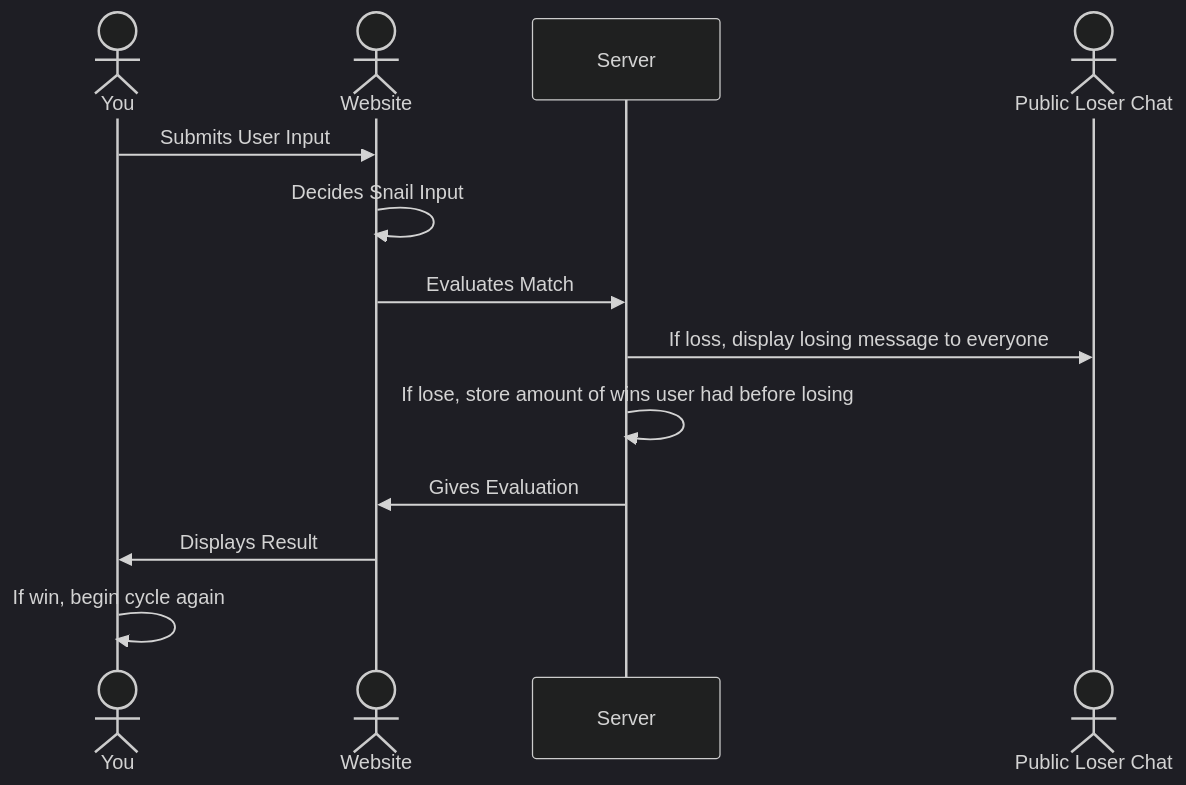
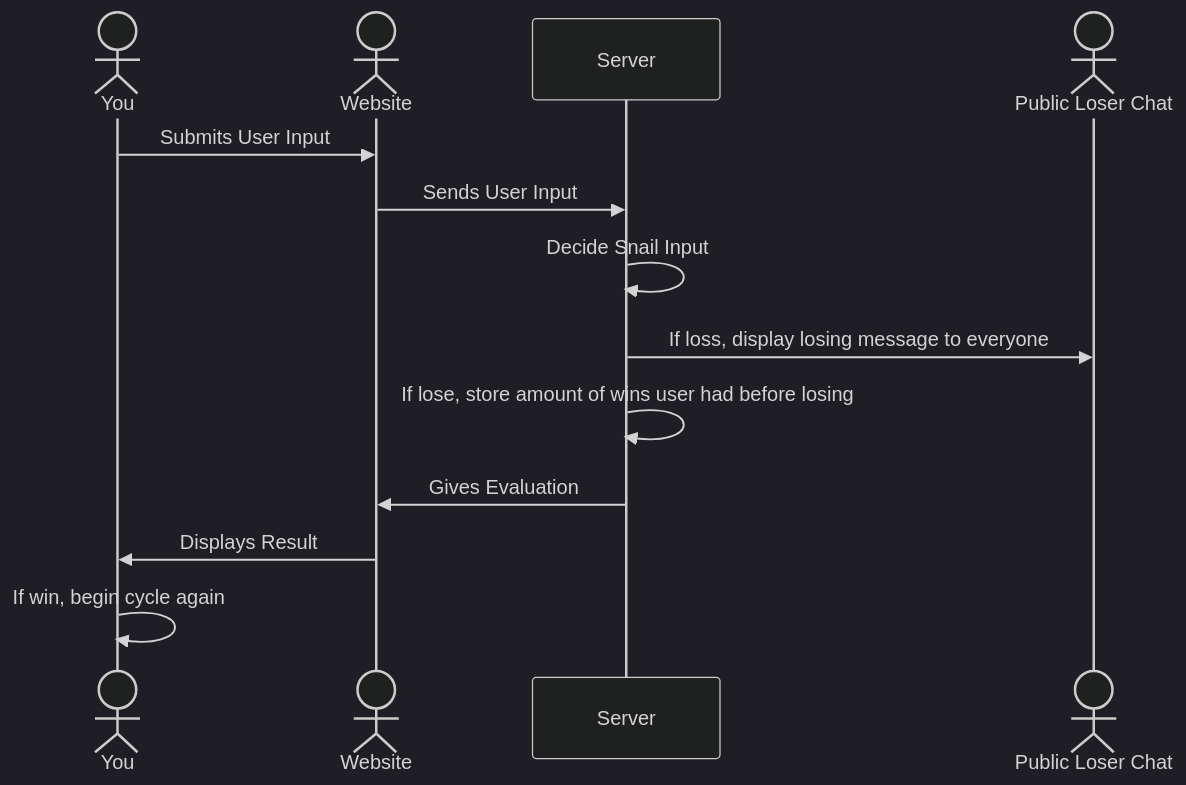
The diagram in README.md (nateh23/startup), drawn with Mermaid (dark theme) before and after one commit. The commit also changed other lines of this file, not shown here.

Commit message:
1/10/24 11:49 minor changes to mermaid and technology explanation changes

````diff
--- a/README.md
+++ b/README.md
@@ -28,14 +28,14 @@
 ```mermaid
 sequenceDiagram
     actor You
     actor Website
     You ->> Website:Submits User Input
-    Website ->> Website:Decides Snail Input
-    Website ->> Server:Evaluates Match
+    Website ->> Server:Sends User Input
+    Server ->> Server: Decide Snail Input
     actor Public Loser Chat
     Server ->> Public Loser Chat:If loss, display losing message to everyone
     Server ->> Server: If lose, store amount of wins user had before losing
     Server ->> Website:Gives Evaluation
     Website ->> You:Displays Result
     You ->> You: If win, begin cycle again
 ```
````
